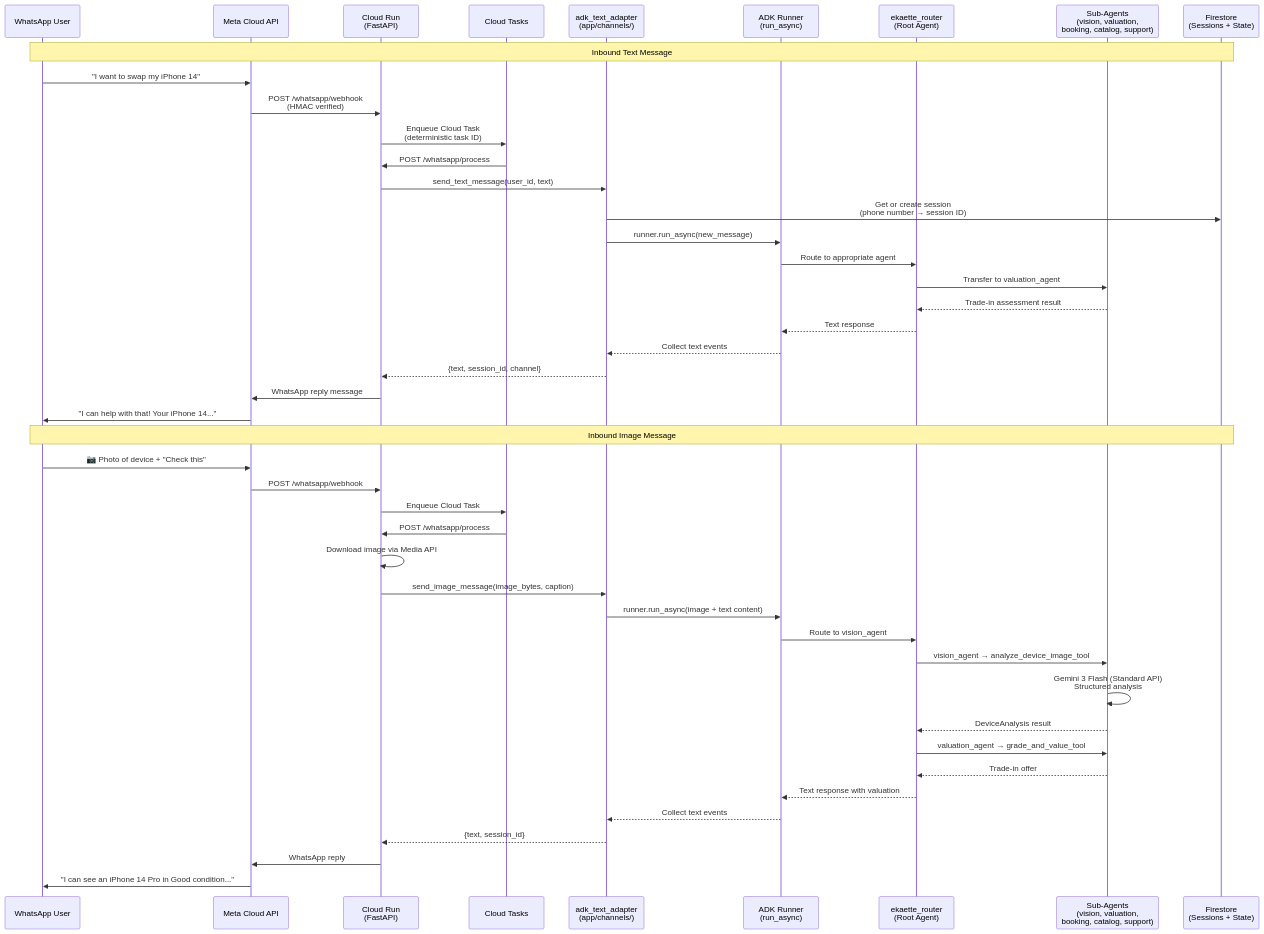
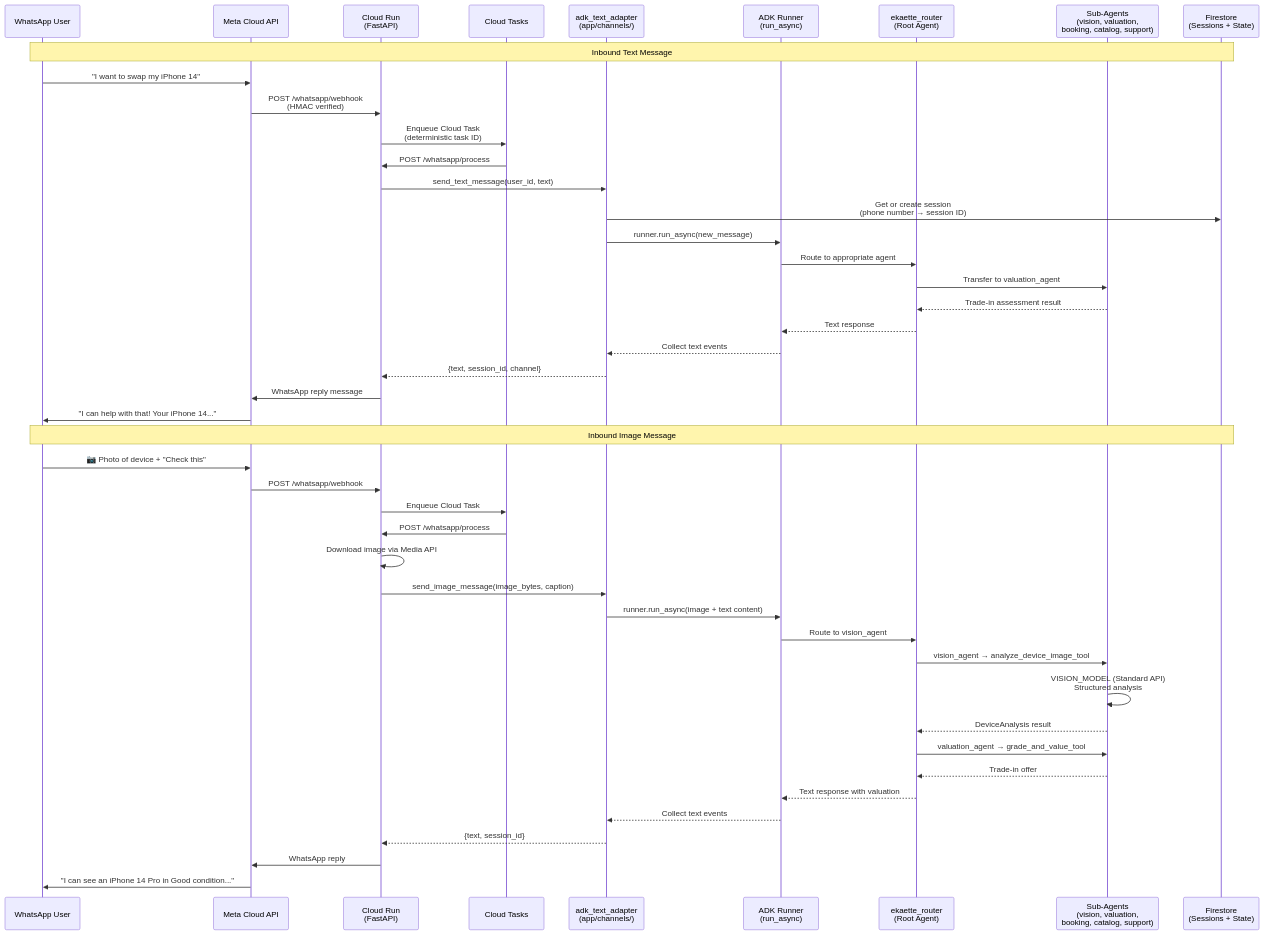
Before and after one commit to ogabasseyy/ekaette: the sixth of 8 diagrams in docs/architecture/04-telephony.md, drawn with Mermaid. The commit also changed 35 other files, not shown here.

````diff
--- a/docs/architecture/04-telephony.md
+++ b/docs/architecture/04-telephony.md
@@ -306,51 +306,51 @@
 ```mermaid
 sequenceDiagram
     participant USER as WhatsApp User
     participant META as Meta Cloud API
     participant CR as Cloud Run<br/>(FastAPI)
     participant CT as Cloud Tasks
     participant ADAPTER as adk_text_adapter<br/>(app/channels/)
     participant RUNNER as ADK Runner<br/>(run_async)
     participant ROOT as ekaette_router<br/>(Root Agent)
     participant SUB as Sub-Agents<br/>(vision, valuation,<br/>booking, catalog, support)
     participant FS as Firestore<br/>(Sessions + State)
 
     Note over USER,FS: Inbound Text Message
     USER->>META: "I want to swap my iPhone 14"
     META->>CR: POST /whatsapp/webhook<br/>(HMAC verified)
     CR->>CT: Enqueue Cloud Task<br/>(deterministic task ID)
     CT->>CR: POST /whatsapp/process
 
     CR->>ADAPTER: send_text_message(user_id, text)
     ADAPTER->>FS: Get or create session<br/>(phone number → session ID)
     ADAPTER->>RUNNER: runner.run_async(new_message)
     RUNNER->>ROOT: Route to appropriate agent
     ROOT->>SUB: Transfer to valuation_agent
     SUB-->>ROOT: Trade-in assessment result
     ROOT-->>RUNNER: Text response
     RUNNER-->>ADAPTER: Collect text events
     ADAPTER-->>CR: {text, session_id, channel}
     CR->>META: WhatsApp reply message
     META->>USER: "I can help with that! Your iPhone 14..."
 
     Note over USER,FS: Inbound Image Message
     USER->>META: 📷 Photo of device + "Check this"
     META->>CR: POST /whatsapp/webhook
     CR->>CT: Enqueue Cloud Task
     CT->>CR: POST /whatsapp/process
 
     CR->>CR: Download image via Media API
     CR->>ADAPTER: send_image_message(image_bytes, caption)
     ADAPTER->>RUNNER: runner.run_async(image + text content)
     RUNNER->>ROOT: Route to vision_agent
     ROOT->>SUB: vision_agent → analyze_device_image_tool
-    SUB->>SUB: Gemini 3 Flash (Standard API)<br/>Structured analysis
+    SUB->>SUB: VISION_MODEL (Standard API)<br/>Structured analysis
     SUB-->>ROOT: DeviceAnalysis result
     ROOT->>SUB: valuation_agent → grade_and_value_tool
     SUB-->>ROOT: Trade-in offer
     ROOT-->>RUNNER: Text response with valuation
     RUNNER-->>ADAPTER: Collect text events
     ADAPTER-->>CR: {text, session_id}
     CR->>META: WhatsApp reply
     META->>USER: "I can see an iPhone 14 Pro in Good condition..."
 ```
````
